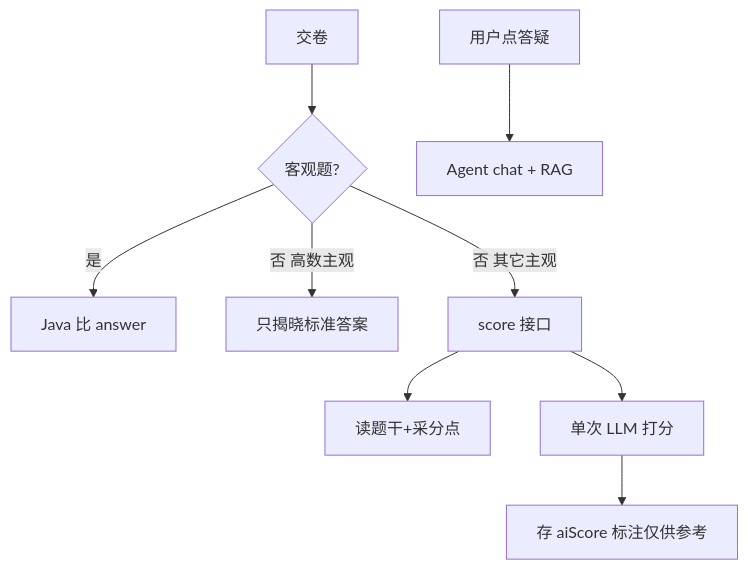
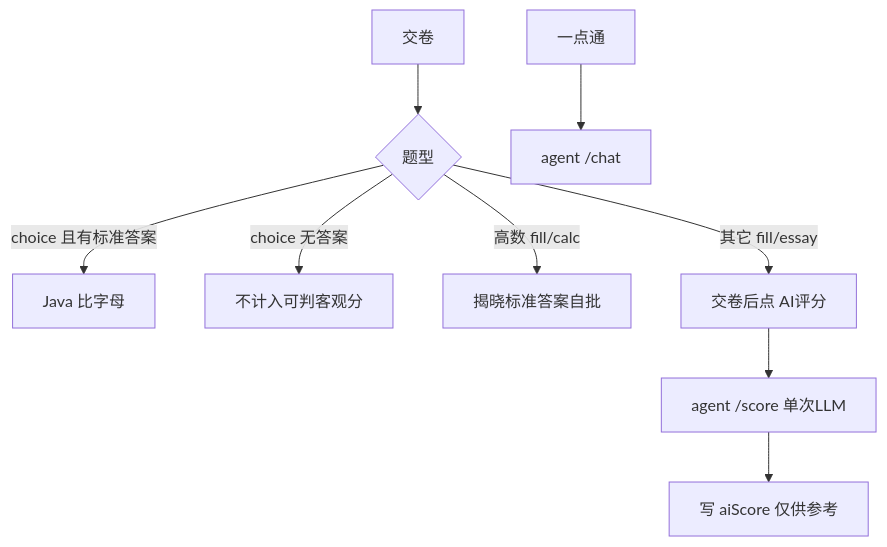
The diagram in markdown/主观题评分与Agent边界.md (yuki39lhl-huang/Up-learn), drawn with Mermaid before and after one commit. The commit also changed other lines of this file and 165 other files, not shown here.

````diff
--- a/markdown/主观题评分与Agent边界.md
+++ b/markdown/主观题评分与Agent边界.md
@@ -42,11 +76,11 @@
 ```mermaid
 flowchart TD
-  Submit[交卷] --> Obj{客观题?}
-  Obj -->|是| Local[Java 比 answer]
-  Obj -->|否 高数主观| Reveal[只揭晓标准答案]
-  Obj -->|否 其它主观| ScoreAPI[score 接口]
-  ScoreAPI --> MySQL[读题干+采分点]
-  ScoreAPI --> LLM[单次 LLM 打分]
-  LLM --> Save[存 aiScore 标注仅供参考]
-  Ask[用户点答疑] --> AgentChat[Agent chat + RAG]
+  Submit[交卷] --> Branch{题型}
+  Branch -->|choice 且有标准答案| Obj[Java 比字母]
+  Branch -->|choice 无答案| SkipObj[不计入可判客观分]
+  Branch -->|高数 fill/calc| Reveal[揭晓标准答案自批]
+  Branch -->|其它 fill/essay| OptIn[交卷后点 AI评分]
+  OptIn --> ScoreAPI["agent /score 单次LLM"]
+  ScoreAPI --> Save[写 aiScore 仅供参考]
+  Ask[一点通] --> Chat[agent /chat]
 ```
````
